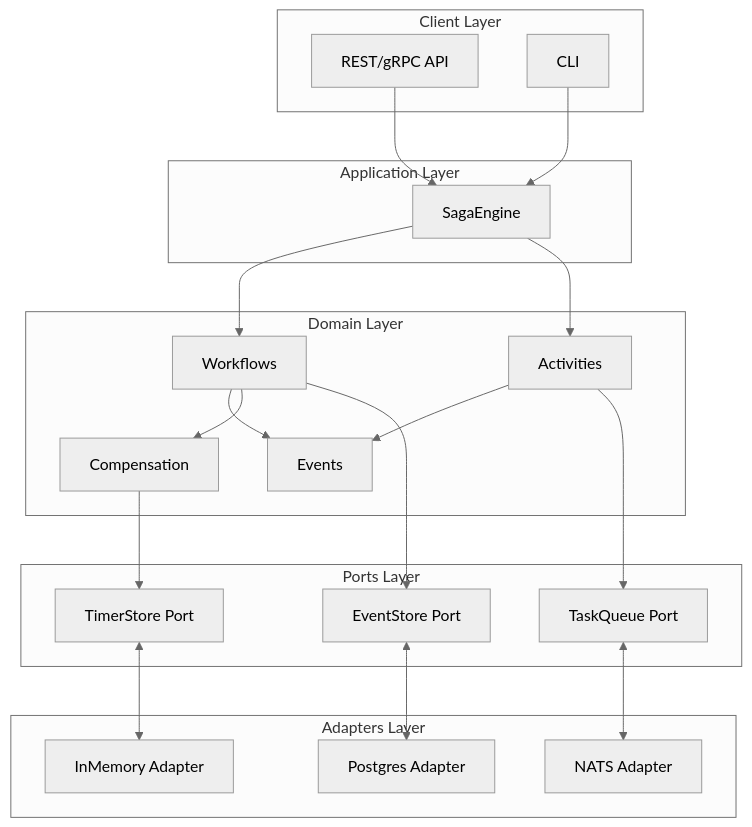
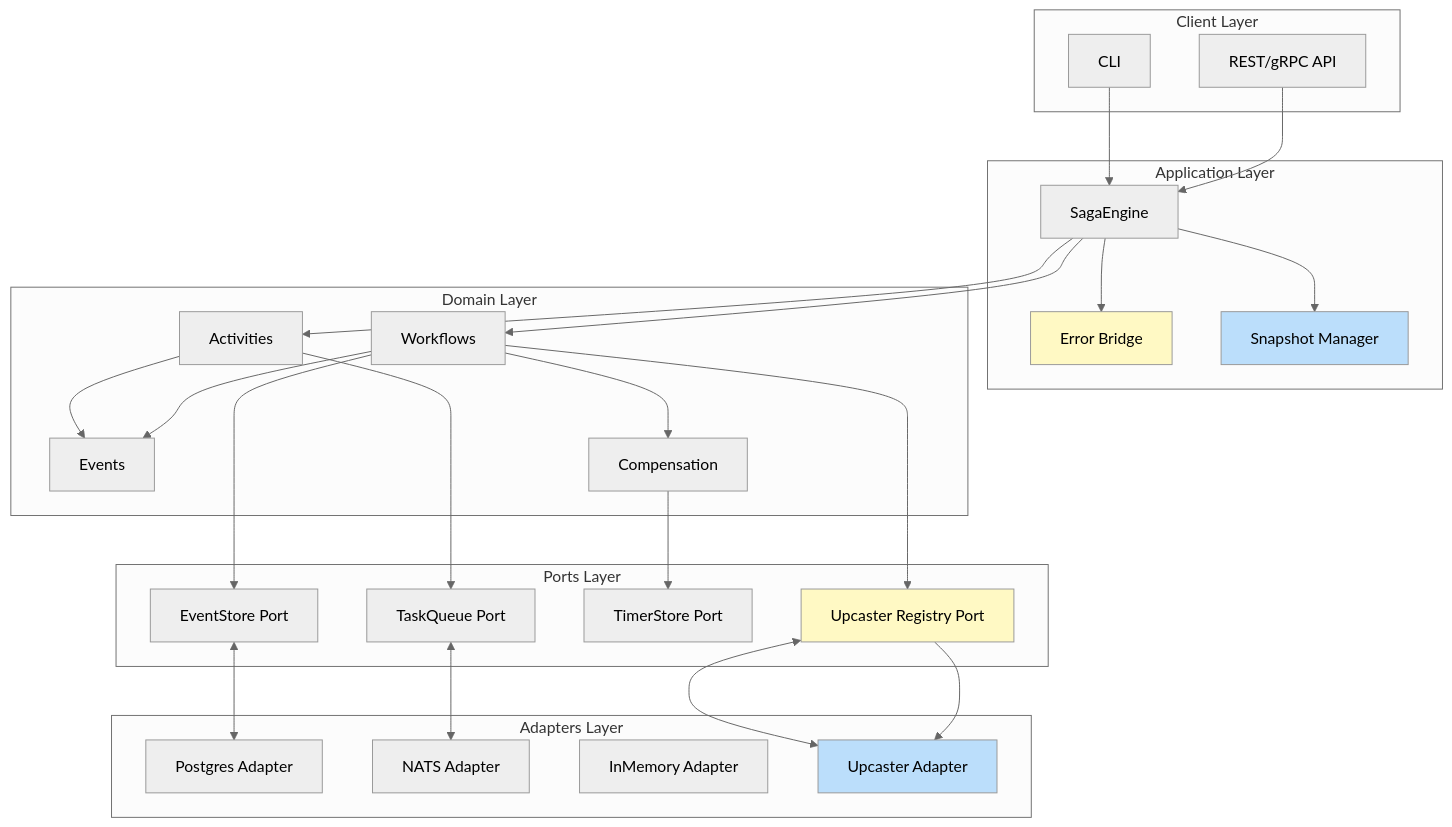
Diagram 34 of 35 in docs/manuales/MANUAL_SAGA_ENGINE_DIAGRAMAS.md (Rubentxu/hodei-jobs), drawn with Mermaid (neutral theme) before and after one commit. The commit also changed other lines of this file and 3 other files, not shown here.

````diff
--- a/docs/manuales/MANUAL_SAGA_ENGINE_DIAGRAMAS.md
+++ b/docs/manuales/MANUAL_SAGA_ENGINE_DIAGRAMAS.md
@@ -1197,46 +1389,59 @@
 ```mermaid
 graph TB
     subgraph "Client Layer"
         API[REST/gRPC API]
         CLI[CLI]
     end
-    
+
     subgraph "Application Layer"
         SE[SagaEngine]
+        EB[Error Bridge]
+        SM[Snapshot Manager]
     end
-    
+
     subgraph "Domain Layer"
         WF[Workflows]
         AC[Activities]
         EV[Events]
         CP[Compensation]
     end
-    
+
     subgraph "Ports Layer"
         ES[EventStore Port]
         TQ[TaskQueue Port]
         TS[TimerStore Port]
+        UR[Upcaster Registry Port]
     end
-    
+
     subgraph "Adapters Layer"
         PGE[Postgres Adapter]
         NAT[NATS Adapter]
         INM[InMemory Adapter]
+        UPC[Upcaster Adapter]
     end
-    
+
     API --> SE
     CLI --> SE
     SE --> WF
     SE --> AC
+    SE --> EB
+    SE --> SM
     WF --> EV
     AC --> EV
     WF --> CP
-    
+    WF --> UR
+
     WF --> ES
     AC --> TQ
     CP --> TS
-    
+    UR --> UPC
+
     ES <--> PGE
     TQ <--> NAT
-    TS <--> INM
+    UR <--> UPC
+
+    style EB fill:#fff9c4
+    style SM fill:#bbdefb
+    style UR fill:#fff9c4
+    style UPC fill:#bbdefb
 ```
````
